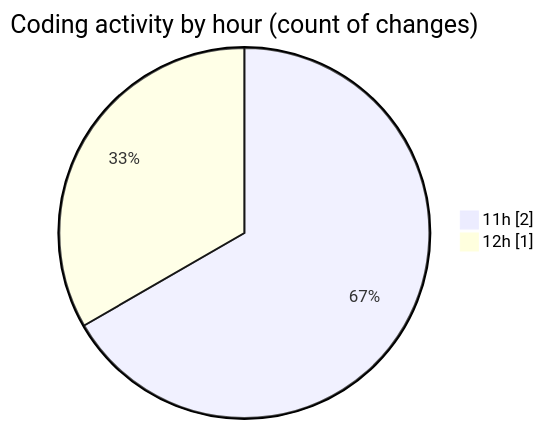
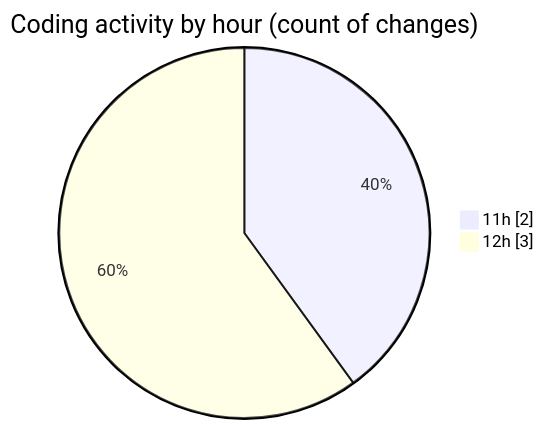
Before and after one commit to julien-gomy/code-tracking: the second of 2 diagrams in 2025-10-13/frontend-cms/README.md, drawn with Mermaid. The commit also changed other lines of this file and 1 other file, not shown here.

````diff
--- a/2025-10-13/frontend-cms/README.md
+++ b/2025-10-13/frontend-cms/README.md
@@ -30,6 +31,6 @@
 ```mermaid
 pie showData
 title Coding activity by hour (count of changes)
 "11h" : 2
-"12h" : 1
+"12h" : 3
 ```
````
